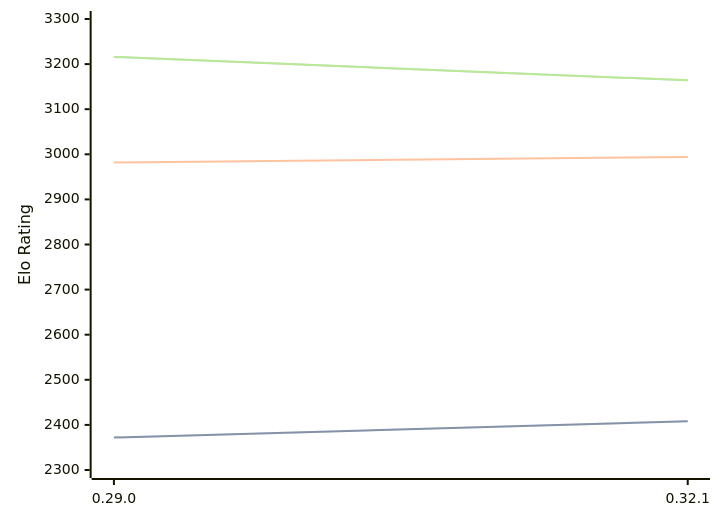
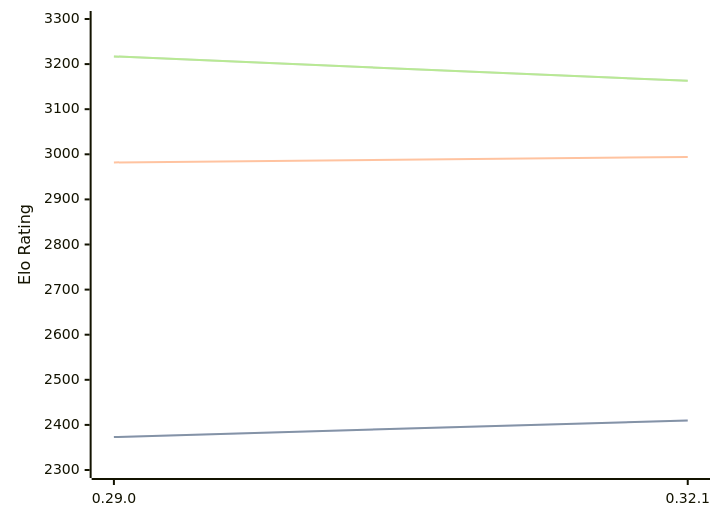
The diagram in engines/Lc0.md (computer-chess-index/cci), drawn with Mermaid before and after one commit. The commit also changed other lines of this file, not shown here.

Commit message:
Update CCI Ratings (ELO VLTC) - 2026-05-21

````diff
--- a/engines/Lc0.md
+++ b/engines/Lc0.md
@@ -68,11 +68,11 @@
 ```mermaid
 %%{init: {"theme":"base","themeVariables":{"seriesColors:['#a3a3a3','#222221','#faa371']}}}%%
 xychart-beta
   x-axis ["0.29.0", "0.32.1"]
   y-axis "Elo Rating" 2300 --> 3300
-  line "STC (8.0+0.08s)" [2372, 2408]
-  line "STC (8.0+0.08s)" [2372, 2408]
+  line "STC (8.0+0.08s)" [2373, 2410]
+  line "STC (8.0+0.08s)" [2373, 2410]
   line "LTC (60.0+0.60s)" [2982, 2994]
-  line "VLTC (2m24s+1.12s)" [3216, 3164]
-  line "VLTC (2m24s+1.12s)" [3216, 3164]
+  line "VLTC (2m24s+1.12s)" [3217, 3163]
+  line "VLTC (2m24s+1.12s)" [3217, 3163]
 ```
````
